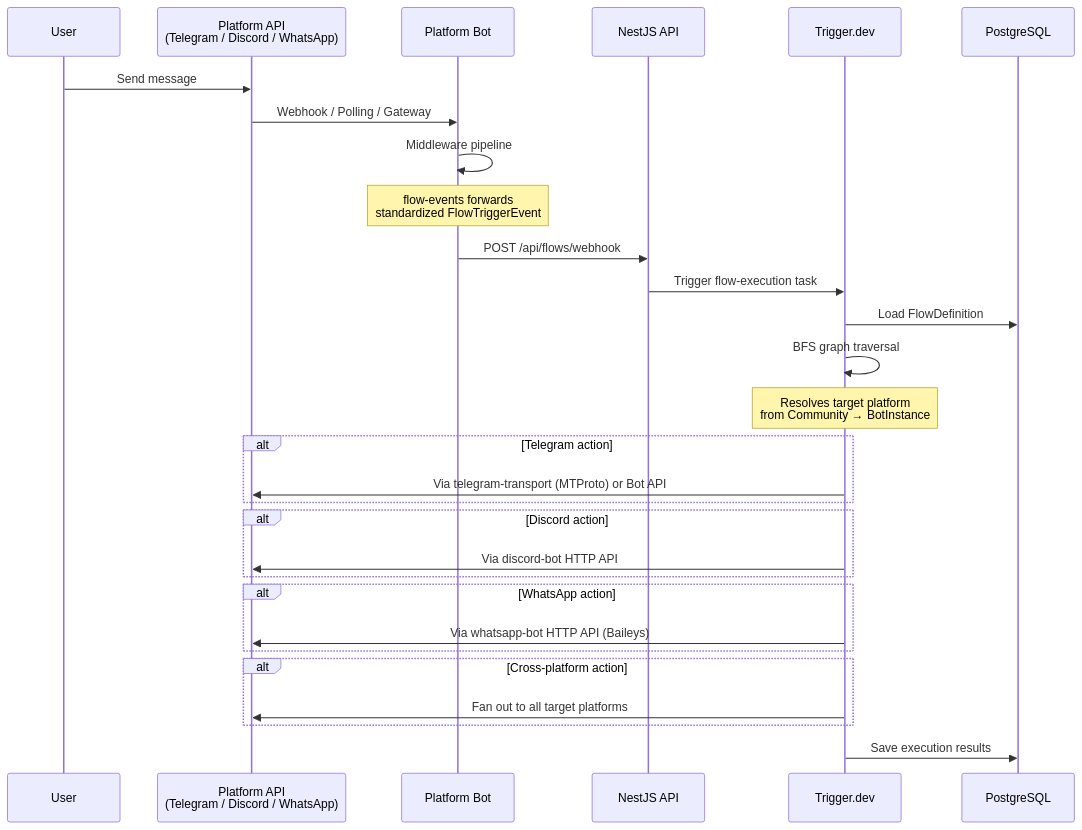
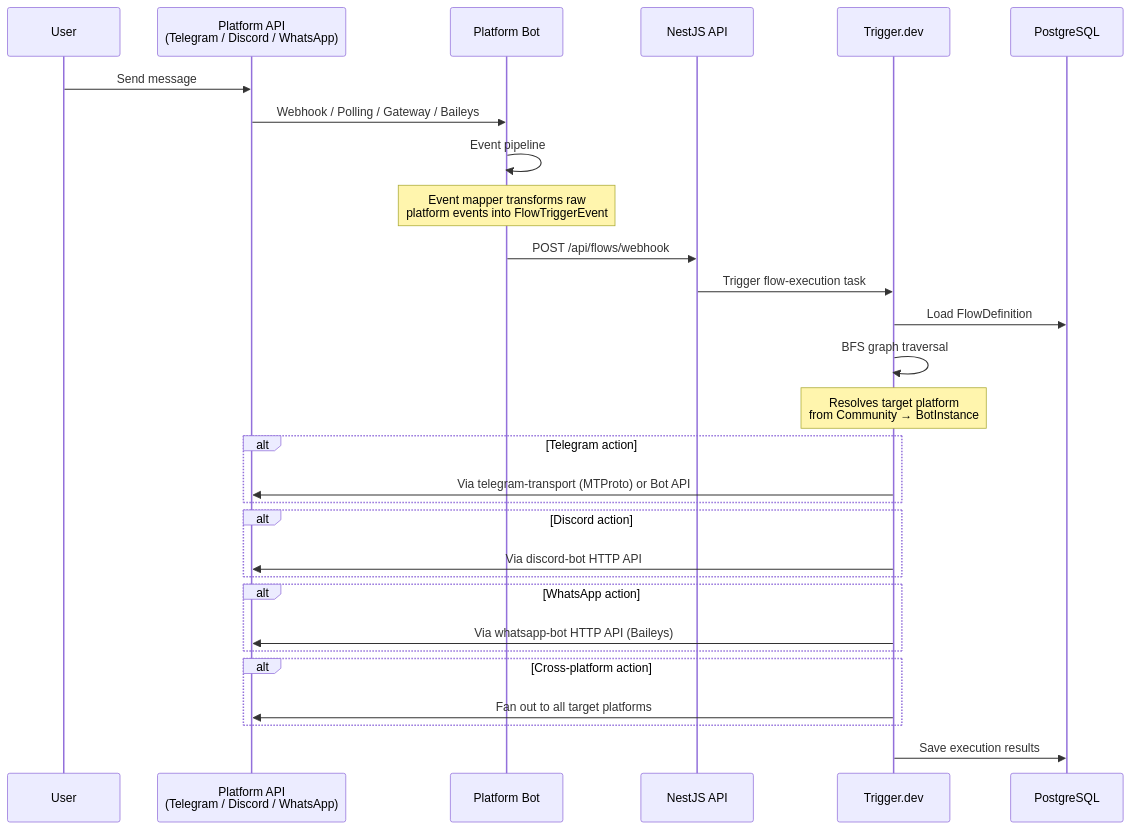
The third of 8 diagrams in README.md (kolezka/flowbot), drawn with Mermaid before and after one commit. The commit also changed other lines of this file, not shown here.

Commit message:
docs: update README diagrams with WhatsApp QR auth flow, event system, and triggers

````diff
--- a/README.md
+++ b/README.md
@@ -144,35 +147,35 @@
 ```mermaid
 sequenceDiagram
     participant U as User
     participant P as Platform API<br/>(Telegram / Discord / WhatsApp)
     participant BOT as Platform Bot
     participant API as NestJS API
     participant TR as Trigger.dev
     participant DB as PostgreSQL
 
     U->>P: Send message
-    P->>BOT: Webhook / Polling / Gateway
-    BOT->>BOT: Middleware pipeline
-    Note over BOT: flow-events forwards<br/>standardized FlowTriggerEvent
+    P->>BOT: Webhook / Polling / Gateway / Baileys
+    BOT->>BOT: Event pipeline
+    Note over BOT: Event mapper transforms raw<br/>platform events into FlowTriggerEvent
 
     BOT->>API: POST /api/flows/webhook
     API->>TR: Trigger flow-execution task
     TR->>DB: Load FlowDefinition
     TR->>TR: BFS graph traversal
     Note over TR: Resolves target platform<br/>from Community → BotInstance
 
     alt Telegram action
         TR->>P: Via telegram-transport (MTProto) or Bot API
     end
     alt Discord action
         TR->>P: Via discord-bot HTTP API
     end
     alt WhatsApp action
         TR->>P: Via whatsapp-bot HTTP API (Baileys)
     end
     alt Cross-platform action
         TR->>P: Fan out to all target platforms
     end
 
     TR->>DB: Save execution results
 ```
````
